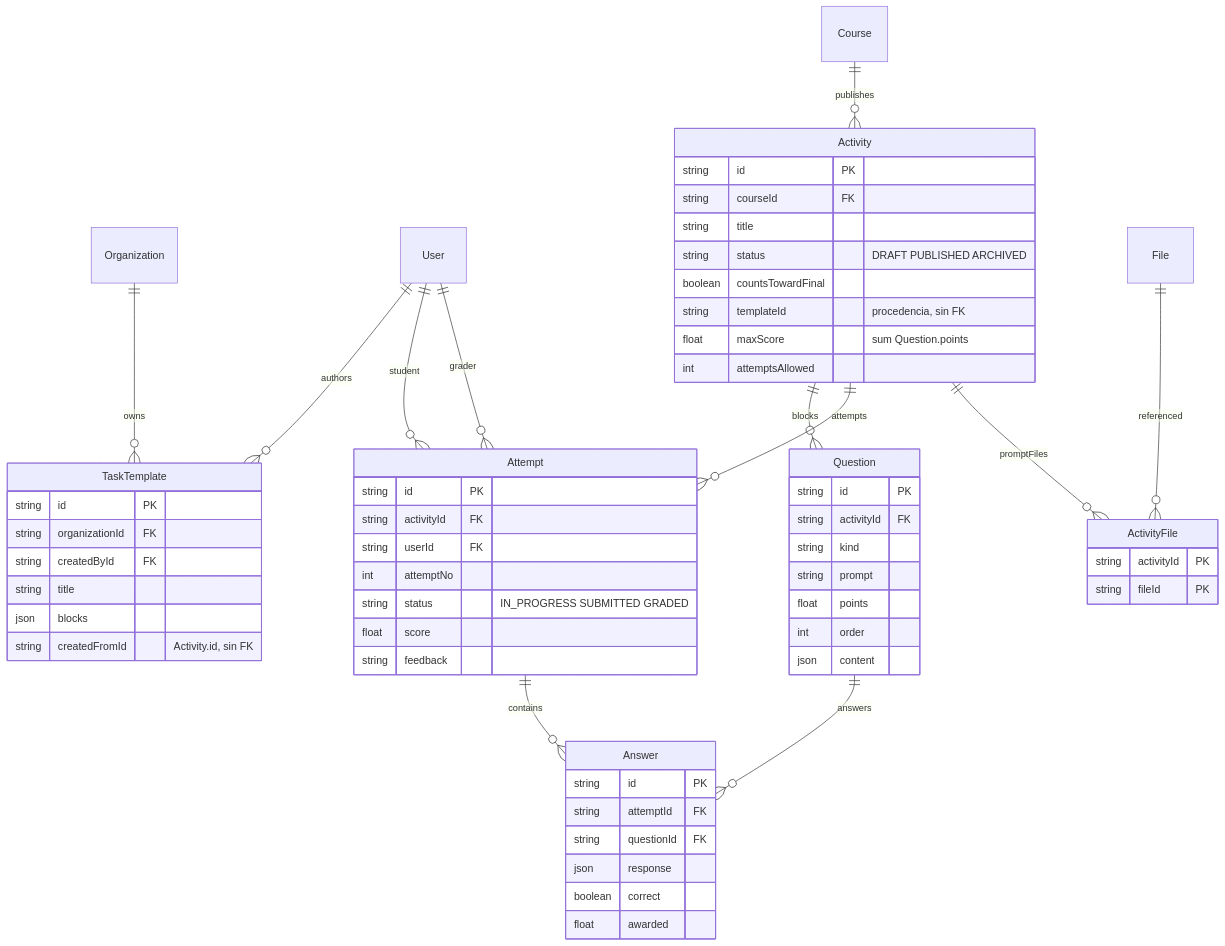
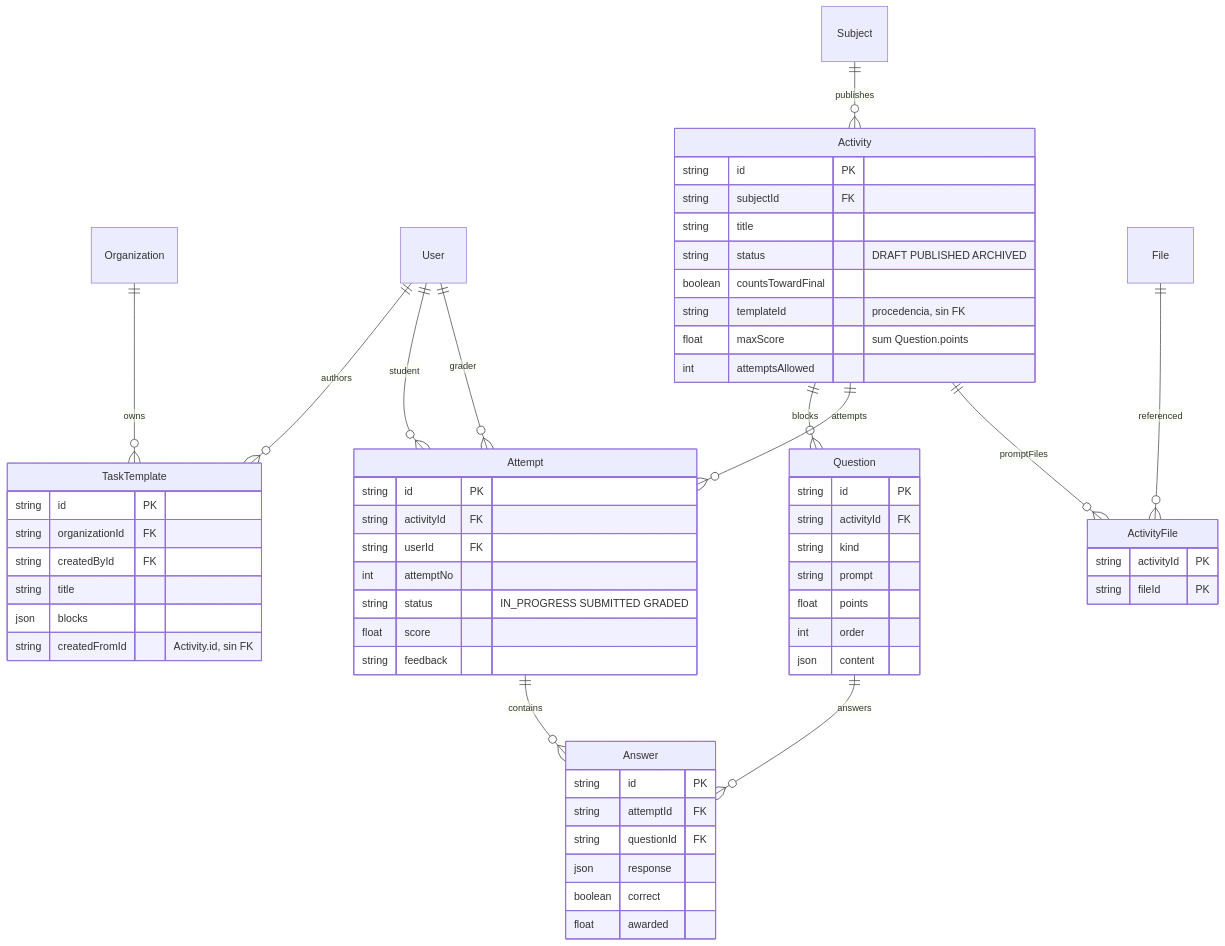
The third of 10 diagrams in docs/diagrams.md (Klass42/ft_trascendence), drawn with Mermaid before and after one commit. The commit also changed other lines of this file and 123 other files, not shown here.

First line of the commit message:
feat: split course into academic cohort and subject

````diff
--- a/docs/diagrams.md
+++ b/docs/diagrams.md
@@ -139,63 +159,63 @@
 ```mermaid
 erDiagram
   Organization ||--o{ TaskTemplate : owns
   User ||--o{ TaskTemplate : authors
-  Course ||--o{ Activity : publishes
+  Subject ||--o{ Activity : publishes
   Activity ||--o{ Question : blocks
   Activity ||--o{ Attempt : attempts
   Activity ||--o{ ActivityFile : promptFiles
   File ||--o{ ActivityFile : referenced
   Question ||--o{ Answer : answers
   Attempt ||--o{ Answer : contains
   User ||--o{ Attempt : student
   User ||--o{ Attempt : grader
 
   TaskTemplate {
     string id PK
     string organizationId FK
     string createdById FK
     string title
     json blocks
     string createdFromId "Activity.id, sin FK"
   }
   Activity {
     string id PK
-    string courseId FK
+    string subjectId FK
     string title
     string status "DRAFT PUBLISHED ARCHIVED"
     boolean countsTowardFinal
     string templateId "procedencia, sin FK"
     float maxScore "sum Question.points"
     int attemptsAllowed
   }
   Question {
     string id PK
     string activityId FK
     string kind
     string prompt
     float points
     int order
     json content
   }
   Attempt {
     string id PK
     string activityId FK
     string userId FK
     int attemptNo
     string status "IN_PROGRESS SUBMITTED GRADED"
     float score
     string feedback
   }
   Answer {
     string id PK
     string attemptId FK
     string questionId FK
     json response
     boolean correct
     float awarded
   }
   ActivityFile {
     string activityId PK
     string fileId PK
   }
 ```
````
